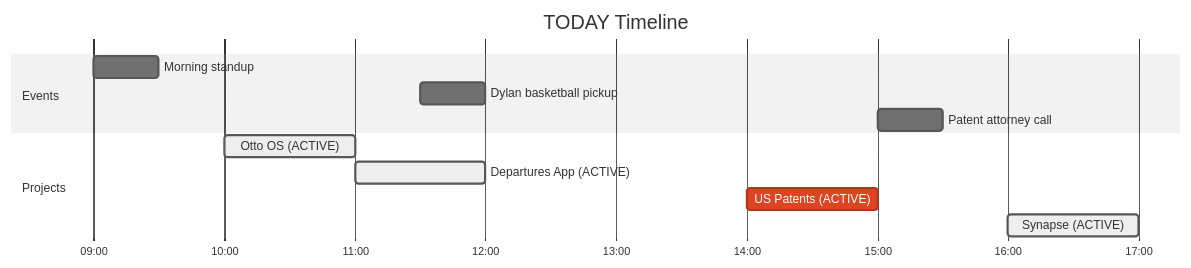
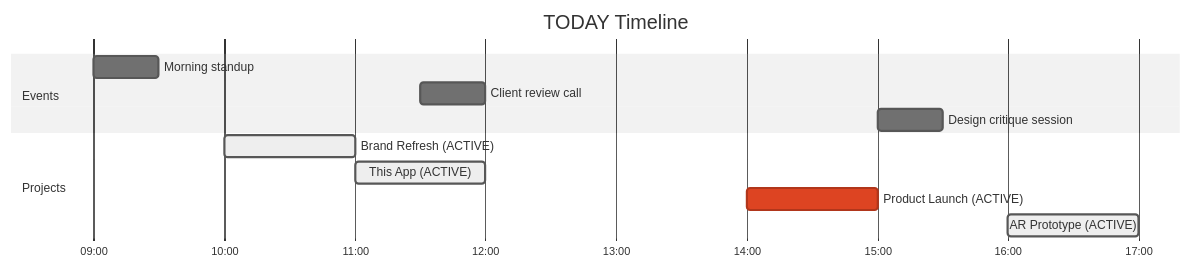
One commit to JosephOIbrahim/Slit-Flap changed the fourth of 8 diagrams in README.md. Above: the diagram before and after it, drawn with Mermaid (neutral theme). The commit also changed 5 other files, not shown here.

````diff
--- a/README.md
+++ b/README.md
@@ -149,17 +149,17 @@
 ```mermaid
 gantt
     title TODAY Timeline
     dateFormat HH:mm
     axisFormat %H:%M
     
     section Events
     Morning standup         :ev1, 09:00, 30m
-    Dylan basketball pickup :ev2, 11:30, 30m
-    Patent attorney call    :ev3, 15:00, 30m
+    Client review call      :ev2, 11:30, 30m
+    Design critique session :ev3, 15:00, 30m
     
     section Projects
-    Otto OS (ACTIVE)        :active, 10:00, 60m
-    Departures App (ACTIVE) :active, 11:00, 60m
-    US Patents (ACTIVE)     :crit, 14:00, 60m
-    Synapse (ACTIVE)        :active, 16:00, 60m
+    Brand Refresh (ACTIVE)  :active, 10:00, 60m
+    This App (ACTIVE)       :active, 11:00, 60m
+    Product Launch (ACTIVE) :crit, 14:00, 60m
+    AR Prototype (ACTIVE)   :active, 16:00, 60m
 ```
````
